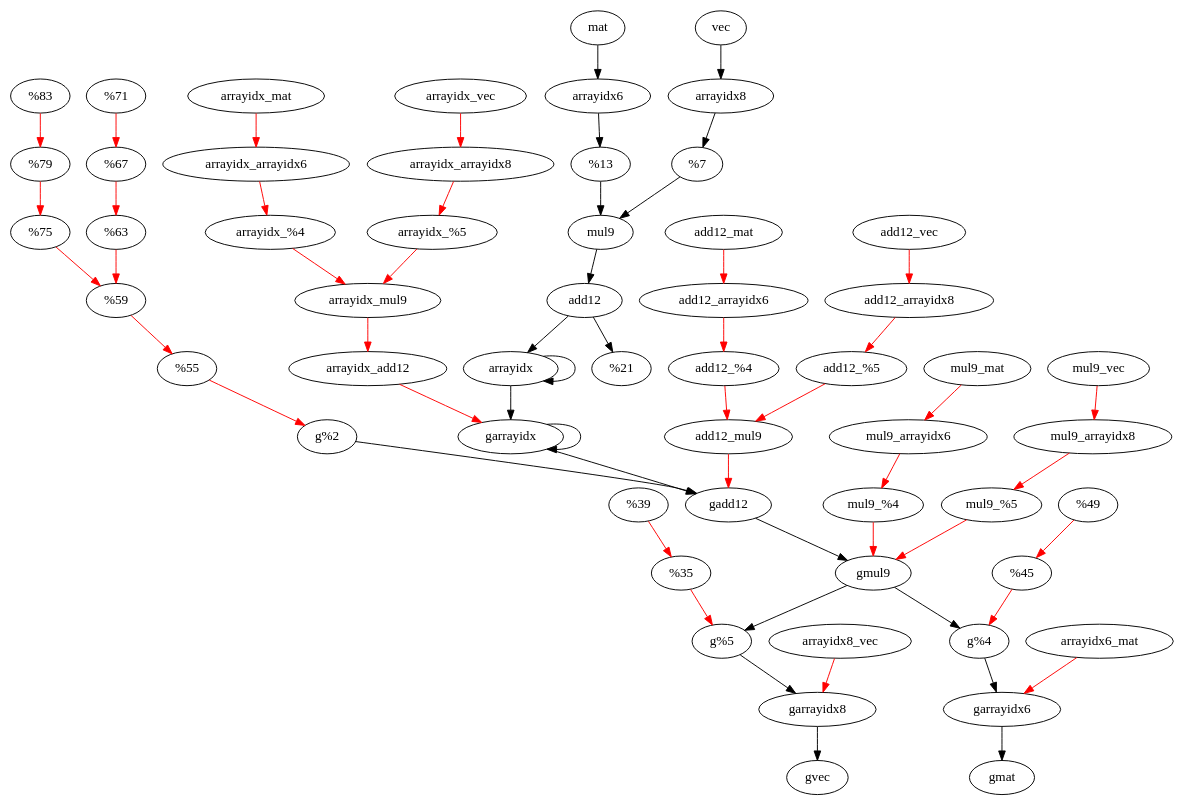
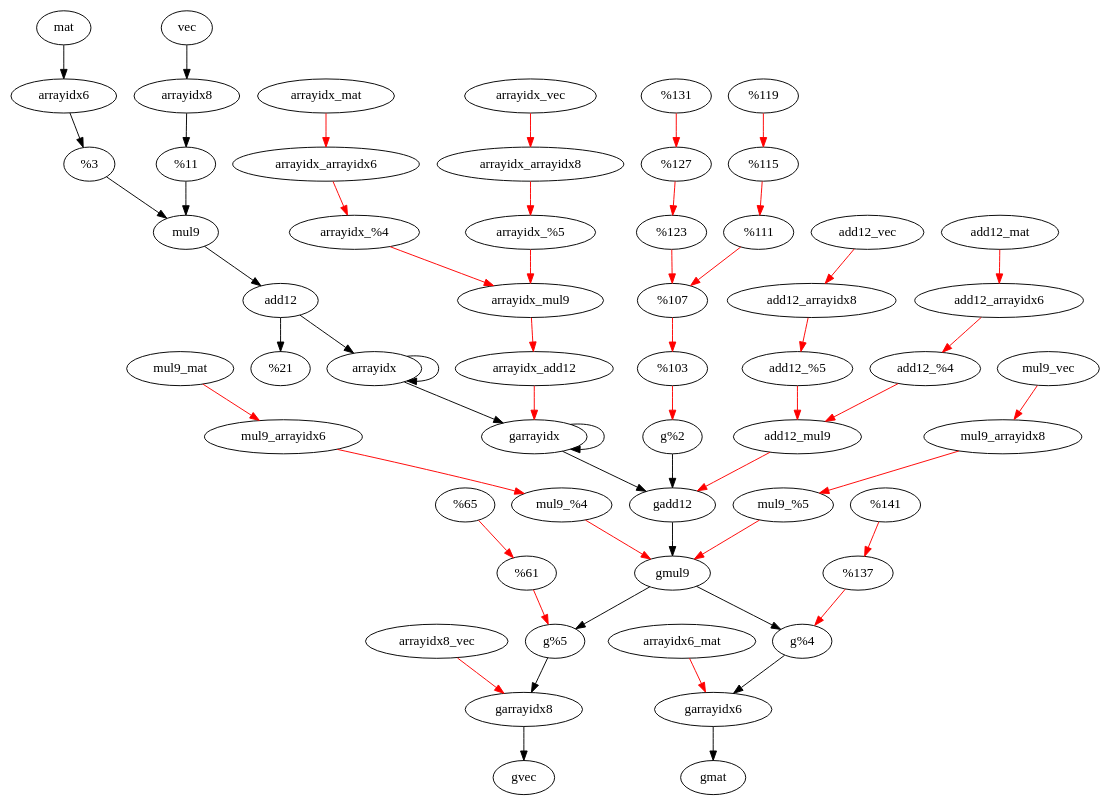
The diagram in enzyme/benchmarks/matdescent/recompute.dot (sfu-arch/Enzyme), drawn with Graphviz before and after one commit. The commit also changed other lines of this file and 40 other files, not shown here.

```diff
--- a/enzyme/benchmarks/matdescent/recompute.dot
+++ b/enzyme/benchmarks/matdescent/recompute.dot
@@ -1,62 +1,62 @@
 digraph G {
 	subgraph Forward {
+		"arrayidx6" -> "%4"
 		"mat" -> "arrayidx6"
 		"vec" -> "arrayidx8"
 		"arrayidx8" -> "%5"
+		"arrayidx" -> "arrayidx"
 		"%5" -> "mul9"
-		"%4" -> "mul9"
-		"mul9" -> "add12"
 		"add12" -> "arrayidx"
 		"add12" -> "%2"
-		"arrayidx" -> "arrayidx"
-		"arrayidx6" -> "%4"
+		"mul9" -> "add12"
+		"%4" -> "mul9"
 	}
 	subgraph Reverse {
+		"garrayidx6" -> "gmat"
+		"arrayidx6_mat" -> "garrayidx6"[color="red"]
 		"garrayidx8" -> "gvec"
 		"arrayidx8_vec" -> "garrayidx8"[color="red"]
-		"g%5" -> "garrayidx8"
-		"%5_arrayidx8" -> "g%5"[color="red"]
-		"%5_vec" -> "%5_arrayidx8"[color="red"]
-		"g%4" -> "garrayidx6"
-		"%4_arrayidx6" -> "g%4"[color="red"]
-		"%4_mat" -> "%4_arrayidx6"[color="red"]
-		"g%2" -> "gadd12"
-		"%2_add12" -> "g%2"[color="red"]
-		"%2_mul9" -> "%2_add12"[color="red"]
-		"%2_%4" -> "%2_mul9"[color="red"]
-		"%2_arrayidx6" -> "%2_%4"[color="red"]
-		"%2_mat" -> "%2_arrayidx6"[color="red"]
-		"%2_%5" -> "%2_mul9"[color="red"]
-		"%2_arrayidx8" -> "%2_%5"[color="red"]
-		"%2_vec" -> "%2_arrayidx8"[color="red"]
-		"gmul9" -> "g%4"
-		"mul9_%4" -> "gmul9"[color="red"]
-		"mul9_arrayidx6" -> "mul9_%4"[color="red"]
-		"mul9_mat" -> "mul9_arrayidx6"[color="red"]
-		"gmul9" -> "g%5"
-		"mul9_%5" -> "gmul9"[color="red"]
-		"mul9_arrayidx8" -> "mul9_%5"[color="red"]
-		"mul9_vec" -> "mul9_arrayidx8"[color="red"]
-		"gadd12" -> "gmul9"
-		"add12_mul9" -> "gadd12"[color="red"]
-		"add12_%4" -> "add12_mul9"[color="red"]
-		"add12_arrayidx6" -> "add12_%4"[color="red"]
-		"add12_mat" -> "add12_arrayidx6"[color="red"]
-		"add12_%5" -> "add12_mul9"[color="red"]
-		"add12_arrayidx8" -> "add12_%5"[color="red"]
-		"add12_vec" -> "add12_arrayidx8"[color="red"]
 		"garrayidx" -> "garrayidx"
 		"arrayidx" -> "garrayidx"
 		"garrayidx" -> "gadd12"
 		"arrayidx_add12" -> "garrayidx"[color="red"]
 		"arrayidx_mul9" -> "arrayidx_add12"[color="red"]
+		"arrayidx_%5" -> "arrayidx_mul9"[color="red"]
+		"arrayidx_arrayidx8" -> "arrayidx_%5"[color="red"]
+		"arrayidx_vec" -> "arrayidx_arrayidx8"[color="red"]
 		"arrayidx_%4" -> "arrayidx_mul9"[color="red"]
 		"arrayidx_arrayidx6" -> "arrayidx_%4"[color="red"]
 		"arrayidx_mat" -> "arrayidx_arrayidx6"[color="red"]
-		"arrayidx_%5" -> "arrayidx_mul9"[color="red"]
-		"arrayidx_arrayidx8" -> "arrayidx_%5"[color="red"]
-		"arrayidx_vec" -> "arrayidx_arrayidx8"[color="red"]
-		"garrayidx6" -> "gmat"
-		"arrayidx6_mat" -> "garrayidx6"[color="red"]
+		"g%5" -> "garrayidx8"
+		"%5_arrayidx8" -> "g%5"[color="red"]
+		"%5_vec" -> "%5_arrayidx8"[color="red"]
+		"gadd12" -> "gmul9"
+		"add12_mul9" -> "gadd12"[color="red"]
+		"add12_%5" -> "add12_mul9"[color="red"]
+		"add12_arrayidx8" -> "add12_%5"[color="red"]
+		"add12_vec" -> "add12_arrayidx8"[color="red"]
+		"add12_%4" -> "add12_mul9"[color="red"]
+		"add12_arrayidx6" -> "add12_%4"[color="red"]
+		"add12_mat" -> "add12_arrayidx6"[color="red"]
+		"gmul9" -> "g%5"
+		"mul9_%5" -> "gmul9"[color="red"]
+		"mul9_arrayidx8" -> "mul9_%5"[color="red"]
+		"mul9_vec" -> "mul9_arrayidx8"[color="red"]
+		"gmul9" -> "g%4"
+		"mul9_%4" -> "gmul9"[color="red"]
+		"mul9_arrayidx6" -> "mul9_%4"[color="red"]
+		"mul9_mat" -> "mul9_arrayidx6"[color="red"]
+		"g%2" -> "gadd12"
+		"%2_add12" -> "g%2"[color="red"]
+		"%2_mul9" -> "%2_add12"[color="red"]
+		"%2_%5" -> "%2_mul9"[color="red"]
+		"%2_arrayidx8" -> "%2_%5"[color="red"]
+		"%2_vec" -> "%2_arrayidx8"[color="red"]
+		"%2_%4" -> "%2_mul9"[color="red"]
+		"%2_arrayidx6" -> "%2_%4"[color="red"]
+		"%2_mat" -> "%2_arrayidx6"[color="red"]
+		"g%4" -> "garrayidx6"
+		"%4_arrayidx6" -> "g%4"[color="red"]
+		"%4_mat" -> "%4_arrayidx6"[color="red"]
 	}
 }
```
